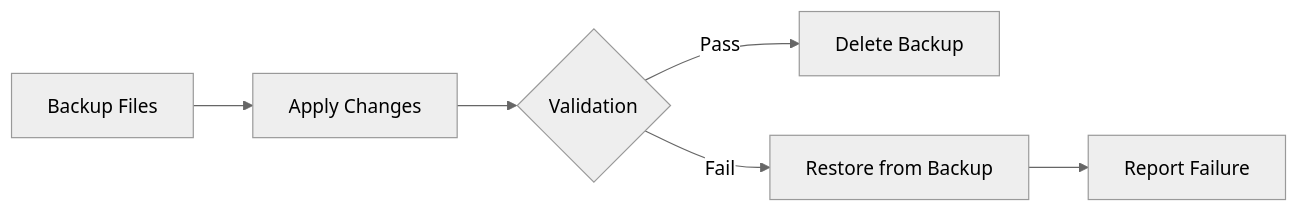
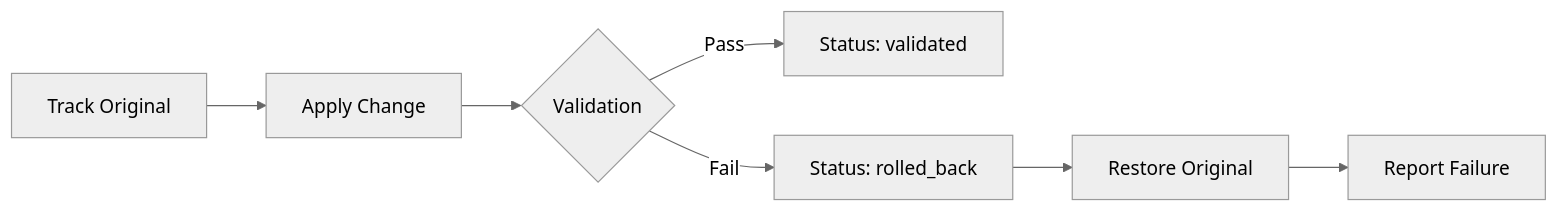
One commit to axtion-io/TestBoost changed the fourth of 6 diagrams in docs/workflow-diagrams.md. Above: the diagram before and after it, drawn with Mermaid (neutral theme). The commit also changed other lines of this file and 25 other files, not shown here.

````diff
--- a/docs/workflow-diagrams.md
+++ b/docs/workflow-diagrams.md
@@ -175,8 +181,9 @@
 ```mermaid
 flowchart LR
-    A[Backup Files] --> B[Apply Changes]
+    A[Track Original] --> B[Apply Change]
     B --> C{Validation}
-    C -->|Pass| D[Delete Backup]
-    C -->|Fail| E[Restore from Backup]
-    E --> F[Report Failure]
+    C -->|Pass| D[Status: validated]
+    C -->|Fail| E[Status: rolled_back]
+    E --> F[Restore Original]
+    F --> G[Report Failure]
 ```
````
